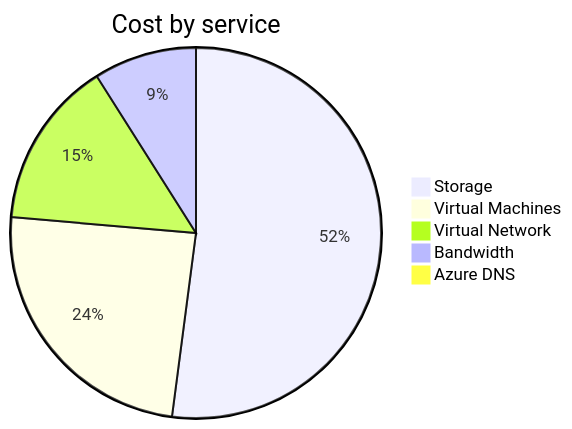
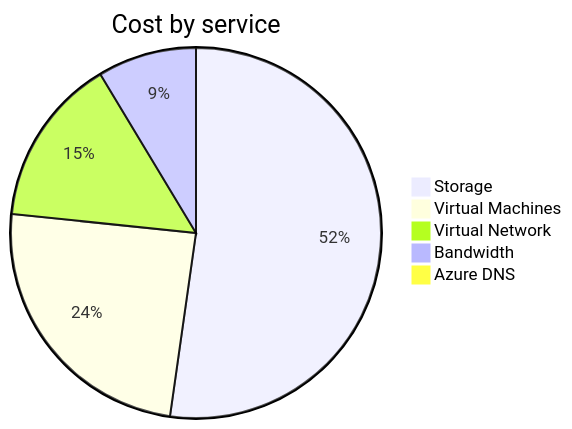
The second of 4 diagrams in cost-reports/personal-network/README.md (jpfulton/azure-personal-reports), drawn with Mermaid before and after one commit. The commit also changed other lines of this file and 8 other files, not shown here.

````diff
--- a/cost-reports/personal-network/README.md
+++ b/cost-reports/personal-network/README.md
@@ -99,9 +85,9 @@
 ```mermaid
 pie
    title Cost by service
-   "Storage" : 18.73
-   "Virtual Machines" : 8.74
-   "Virtual Network" : 5.27
+   "Storage" : 19.55
+   "Virtual Machines" : 9.13
+   "Virtual Network" : 5.51
    "Bandwidth" : 3.23
-   "Azure DNS" : 0.35
+   "Azure DNS" : 0.37
 ```
````
